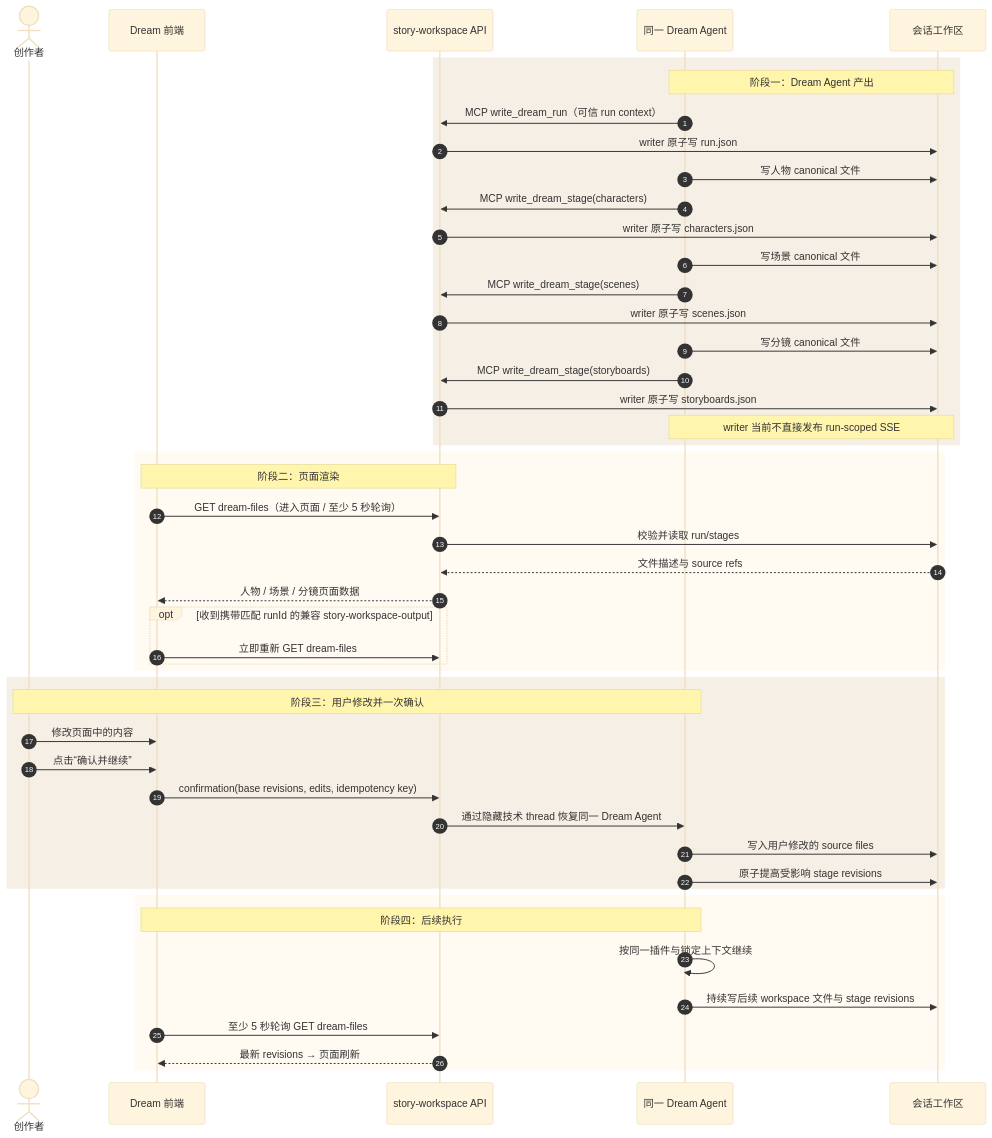
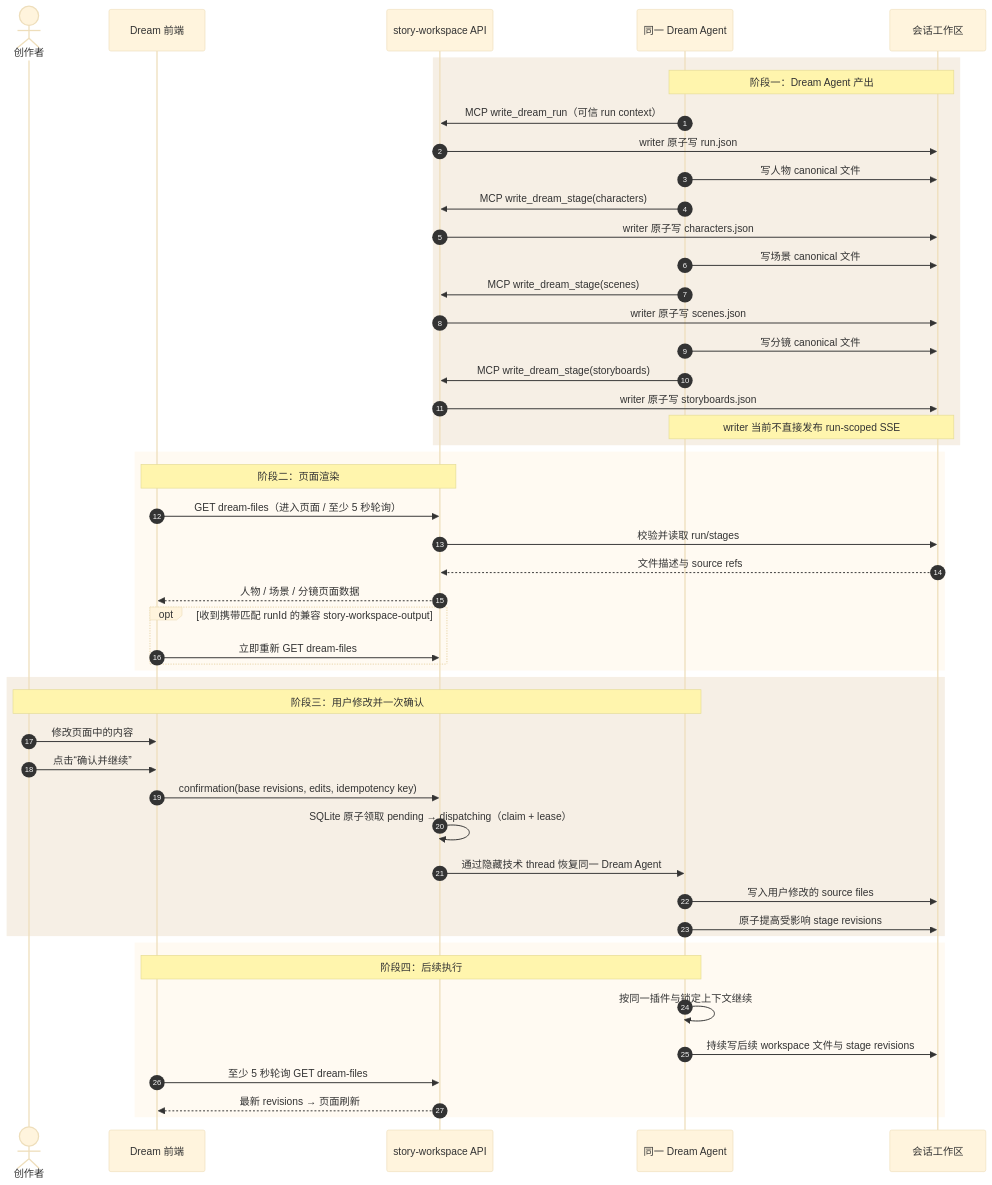
One commit to glide-the/im-dream changed the second of 2 diagrams in docs/design/story-workspace/design_006_dream-protocol-dir-mapping.md. Above: the diagram before and after it, drawn with Mermaid (base theme). The commit also changed other lines of this file and 3 other files, not shown here.

````diff
--- a/docs/design/story-workspace/design_006_dream-protocol-dir-mapping.md
+++ b/docs/design/story-workspace/design_006_dream-protocol-dir-mapping.md
@@ -254,54 +294,55 @@
 ```mermaid
 sequenceDiagram
     autonumber
     actor U as 创作者
     participant FE as Dream 前端
     participant API as story-workspace API
     participant Agent as 同一 Dream Agent
     participant FS as 会话工作区
 
     rect rgb(246,239,229)
         Note over Agent,FS: 阶段一：Dream Agent 产出
         Agent->>API: MCP write_dream_run（可信 run context）
         API->>FS: writer 原子写 run.json
         Agent->>FS: 写人物 canonical 文件
         Agent->>API: MCP write_dream_stage(characters)
         API->>FS: writer 原子写 characters.json
         Agent->>FS: 写场景 canonical 文件
         Agent->>API: MCP write_dream_stage(scenes)
         API->>FS: writer 原子写 scenes.json
         Agent->>FS: 写分镜 canonical 文件
         Agent->>API: MCP write_dream_stage(storyboards)
         API->>FS: writer 原子写 storyboards.json
         Note over Agent,FS: writer 当前不直接发布 run-scoped SSE
     end
 
     rect rgb(255,250,242)
         Note over FE,API: 阶段二：页面渲染
         FE->>API: GET dream-files（进入页面 / 至少 5 秒轮询）
         API->>FS: 校验并读取 run/stages
         FS-->>API: 文件描述与 source refs
         API-->>FE: 人物 / 场景 / 分镜页面数据
         opt 收到携带匹配 runId 的兼容 story-workspace-output
             FE->>API: 立即重新 GET dream-files
         end
     end
 
     rect rgb(246,239,229)
         Note over U,Agent: 阶段三：用户修改并一次确认
         U->>FE: 修改页面中的内容
         U->>FE: 点击“确认并继续”
         FE->>API: confirmation(base revisions, edits, idempotency key)
+        API->>API: SQLite 原子领取 pending → dispatching（claim + lease）
         API->>Agent: 通过隐藏技术 thread 恢复同一 Dream Agent
         Agent->>FS: 写入用户修改的 source files
         Agent->>FS: 原子提高受影响 stage revisions
     end
 
     rect rgb(255,250,242)
         Note over Agent,FE: 阶段四：后续执行
         Agent->>Agent: 按同一插件与锁定上下文继续
         Agent->>FS: 持续写后续 workspace 文件与 stage revisions
         FE->>API: 至少 5 秒轮询 GET dream-files
         API-->>FE: 最新 revisions → 页面刷新
     end
 ```
````
